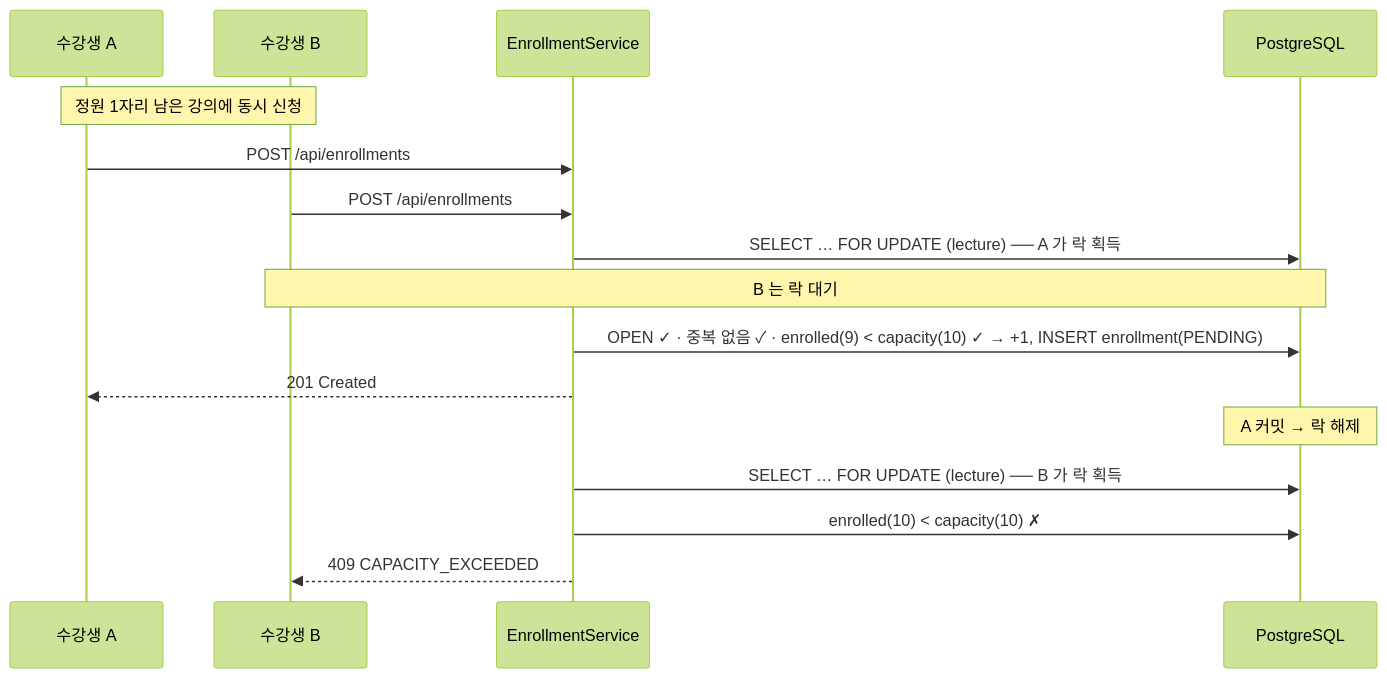
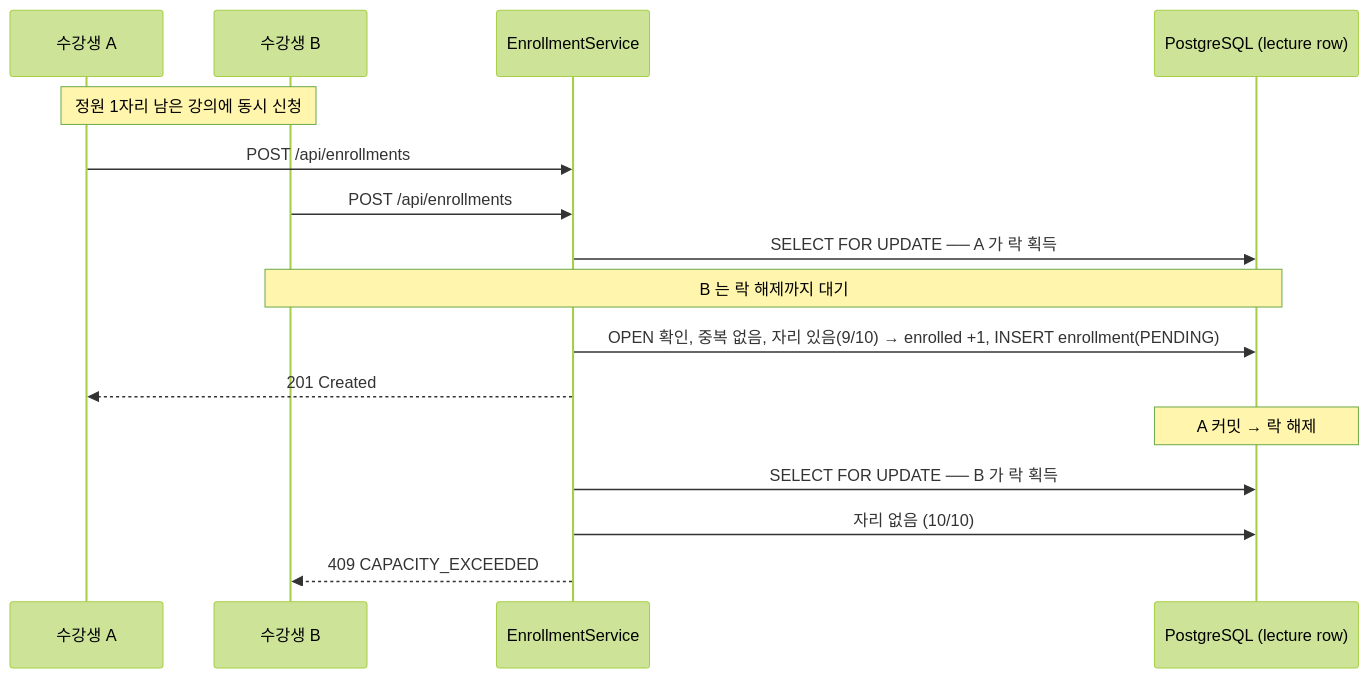
One commit to dolmaroyujinpark/be-enrollment-assignment changed the second of 2 diagrams in README.md. Above: the diagram before and after it, drawn with Mermaid (forest theme). The commit also changed other lines of this file, not shown here.

````diff
--- a/README.md
+++ b/README.md
@@ -142,18 +165,18 @@
 ```mermaid
 sequenceDiagram
     participant A as 수강생 A
     participant B as 수강생 B
     participant S as EnrollmentService
-    participant DB as PostgreSQL
+    participant DB as PostgreSQL (lecture row)
     Note over A,B: 정원 1자리 남은 강의에 동시 신청
     A->>S: POST /api/enrollments
     B->>S: POST /api/enrollments
-    S->>DB: SELECT … FOR UPDATE (lecture)  ── A 가 락 획득
-    Note over B,DB: B 는 락 대기
-    S->>DB: OPEN ✓ · 중복 없음 ✓ · enrolled(9) < capacity(10) ✓ → +1, INSERT enrollment(PENDING)
+    S->>DB: SELECT FOR UPDATE  ── A 가 락 획득
+    Note over B,DB: B 는 락 해제까지 대기
+    S->>DB: OPEN 확인, 중복 없음, 자리 있음(9/10) → enrolled +1, INSERT enrollment(PENDING)
     S-->>A: 201 Created
     Note over DB: A 커밋 → 락 해제
-    S->>DB: SELECT … FOR UPDATE (lecture)  ── B 가 락 획득
-    S->>DB: enrolled(10) < capacity(10) ✗
+    S->>DB: SELECT FOR UPDATE  ── B 가 락 획득
+    S->>DB: 자리 없음 (10/10)
     S-->>B: 409 CAPACITY_EXCEEDED
 ```
````
